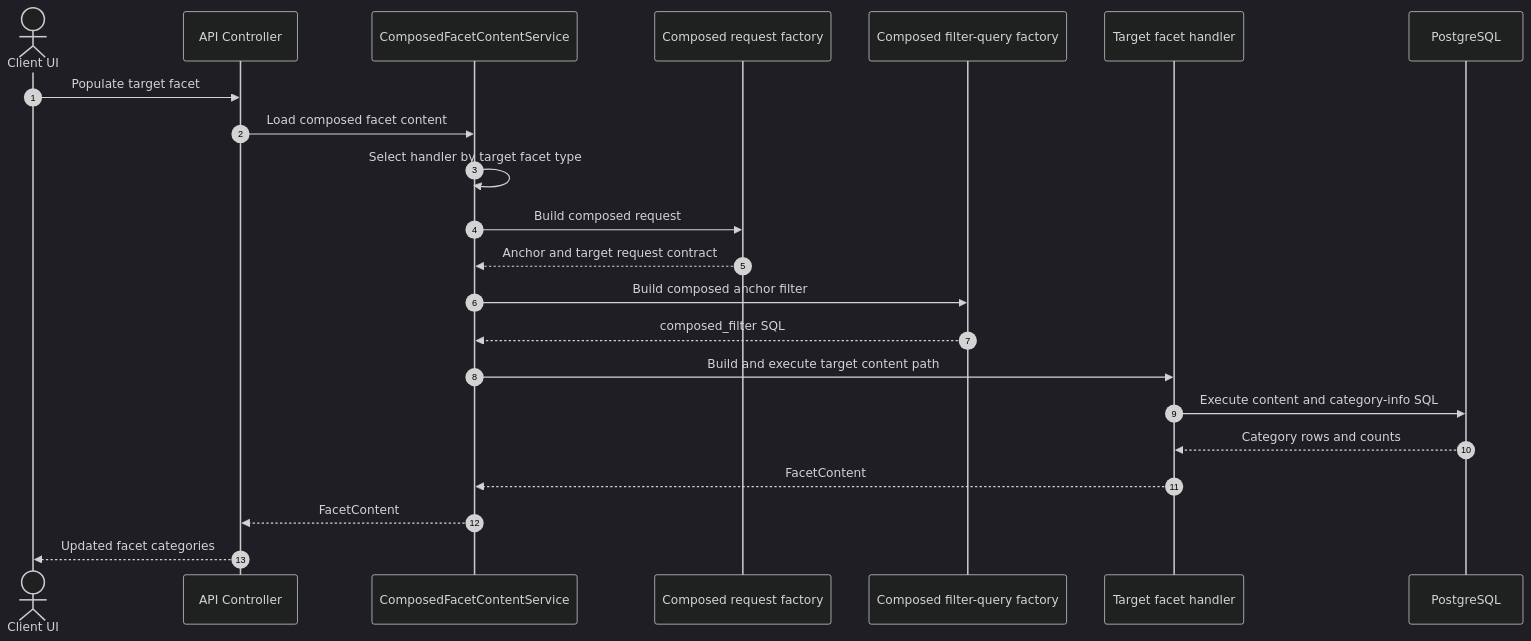
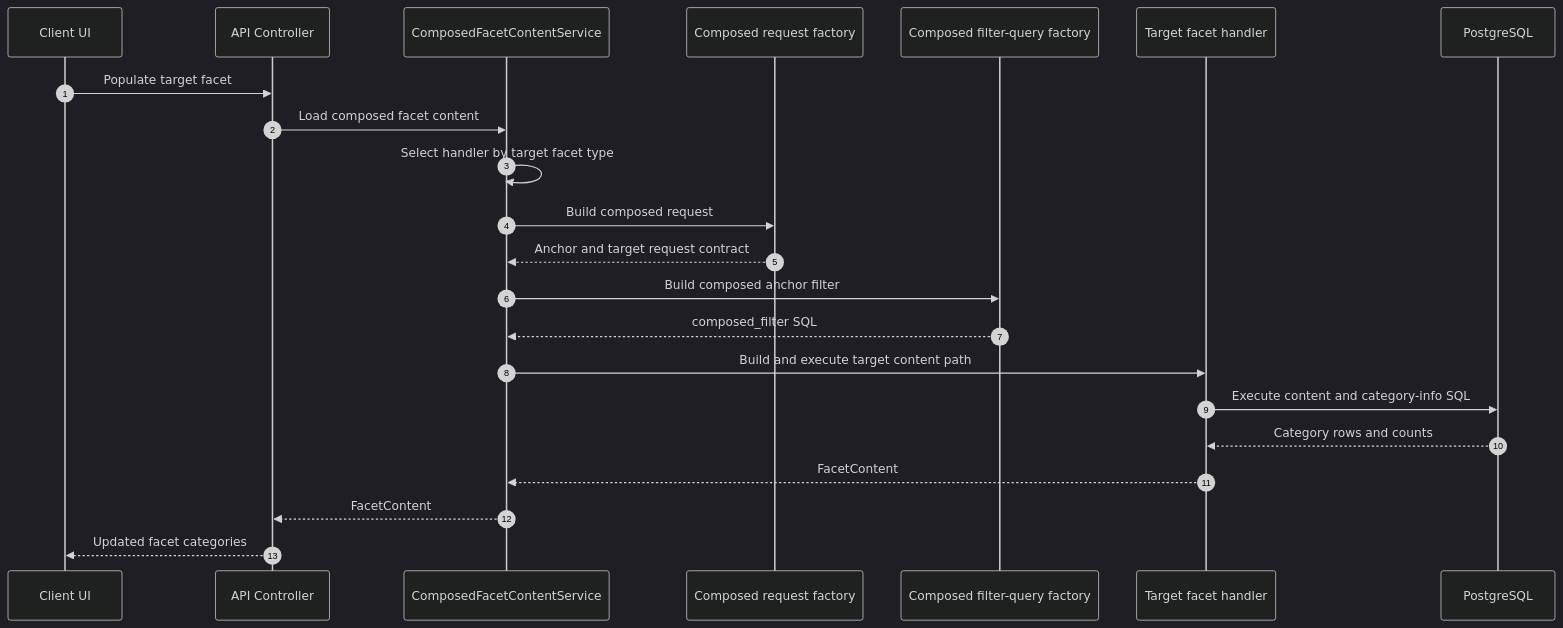
One commit to humlab-sead/sead_query_api changed diagram 12 of 13 in docs/DIAGRAMS.md. Above: the diagram before and after it, drawn with Mermaid (dark theme). The commit also changed other lines of this file and 4 other files, not shown here.

````diff
--- a/docs/DIAGRAMS.md
+++ b/docs/DIAGRAMS.md
@@ -384,25 +389,25 @@
 ```mermaid
 sequenceDiagram
     autonumber
-    actor UI as Client UI
+    participant UI as Client UI
     participant API as API Controller
     participant CFS as ComposedFacetContentService
     participant RF as Composed request factory
     participant FF as Composed filter-query factory
     participant TH as Target facet handler
     participant DB as PostgreSQL
 
     UI->>API: Populate target facet
     API->>CFS: Load composed facet content
     CFS->>CFS: Select handler by target facet type
     CFS->>RF: Build composed request
     RF-->>CFS: Anchor and target request contract
     CFS->>FF: Build composed anchor filter
     FF-->>CFS: composed_filter SQL
     CFS->>TH: Build and execute target content path
     TH->>DB: Execute content and category-info SQL
     DB-->>TH: Category rows and counts
     TH-->>CFS: FacetContent
     CFS-->>API: FacetContent
     API-->>UI: Updated facet categories
 ```
````
